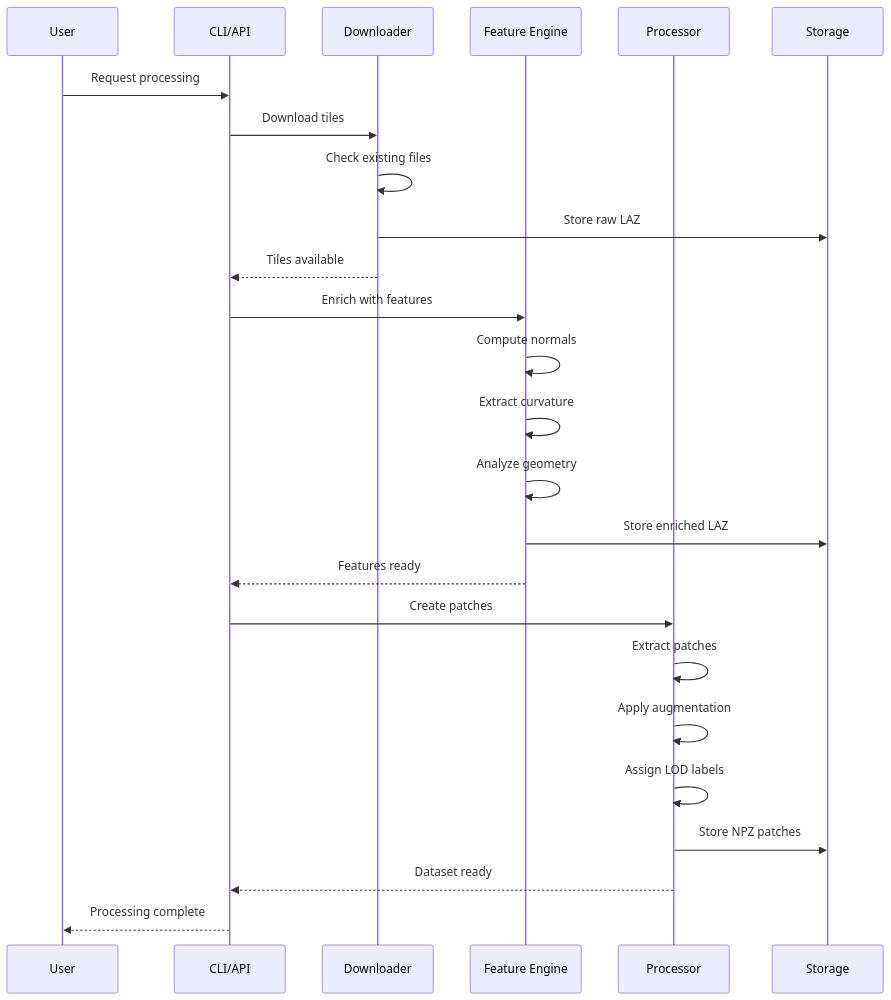
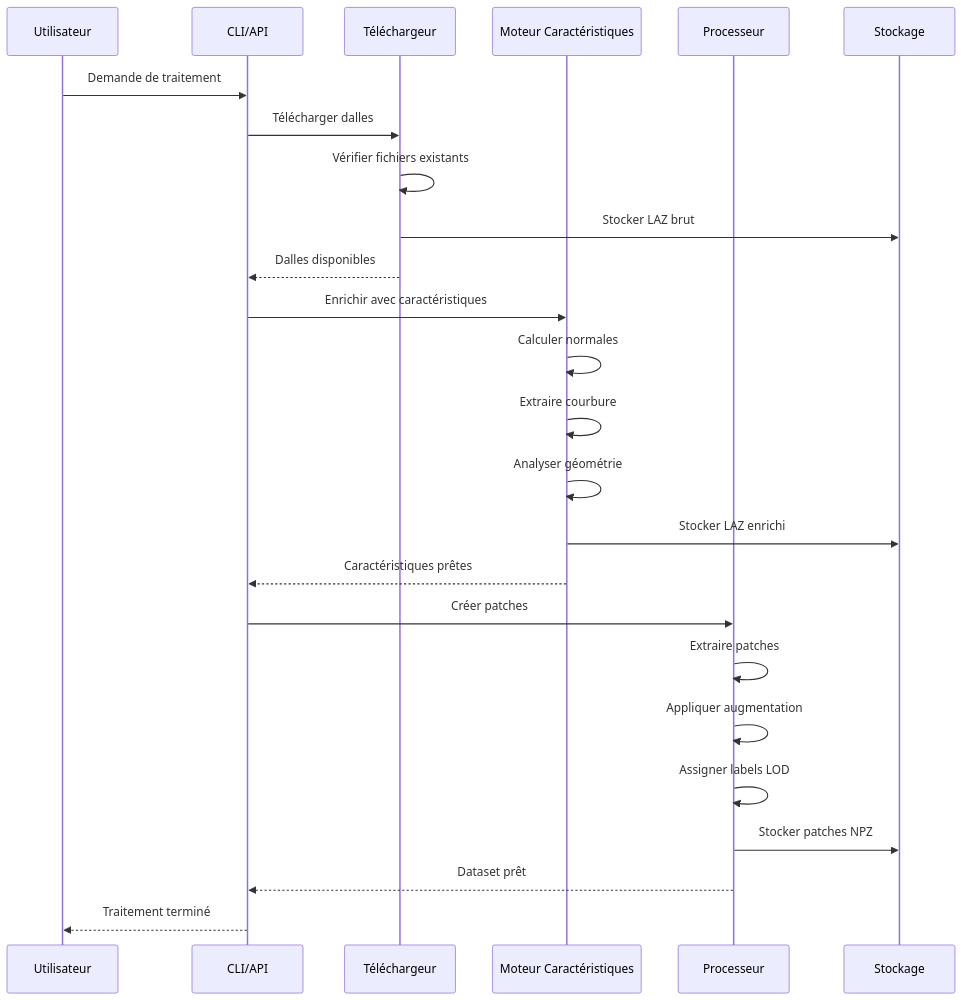
Before and after one commit to sducournau/IGN_LIDAR_HD_DATASET: the second of 4 diagrams in website/i18n/fr/docusaurus-plugin-content-docs/current/architecture.md, drawn with Mermaid. The commit also changed other lines of this file and 17 other files, not shown here.

````diff
--- a/website/i18n/fr/docusaurus-plugin-content-docs/current/architecture.md
+++ b/website/i18n/fr/docusaurus-plugin-content-docs/current/architecture.md
@@ -65,30 +65,30 @@
 ```mermaid
 sequenceDiagram
-    participant U as User
+    participant U as Utilisateur
     participant C as CLI/API
-    participant D as Downloader
-    participant F as Feature Engine
-    participant P as Processor
-    participant S as Storage
+    participant D as Téléchargeur
+    participant F as Moteur Caractéristiques
+    participant P as Processeur
+    participant S as Stockage
 
-    U->>C: Request processing
-    C->>D: Download tiles
-    D->>D: Check existing files
-    D->>S: Store raw LAZ
-    D-->>C: Tiles available
+    U->>C: Demande de traitement
+    C->>D: Télécharger dalles
+    D->>D: Vérifier fichiers existants
+    D->>S: Stocker LAZ brut
+    D-->>C: Dalles disponibles
 
-    C->>F: Enrich with features
-    F->>F: Compute normals
-    F->>F: Extract curvature
-    F->>F: Analyze geometry
-    F->>S: Store enriched LAZ
-    F-->>C: Features ready
+    C->>F: Enrichir avec caractéristiques
+    F->>F: Calculer normales
+    F->>F: Extraire courbure
+    F->>F: Analyser géométrie
+    F->>S: Stocker LAZ enrichi
+    F-->>C: Caractéristiques prêtes
 
-    C->>P: Create patches
-    P->>P: Extract patches
-    P->>P: Apply augmentation
-    P->>P: Assign LOD labels
-    P->>S: Store NPZ patches
-    P-->>C: Dataset ready
-    C-->>U: Processing complete
+    C->>P: Créer patches
+    P->>P: Extraire patches
+    P->>P: Appliquer augmentation
+    P->>P: Assigner labels LOD
+    P->>S: Stocker patches NPZ
+    P-->>C: Dataset prêt
+    C-->>U: Traitement terminé
 ```
````
